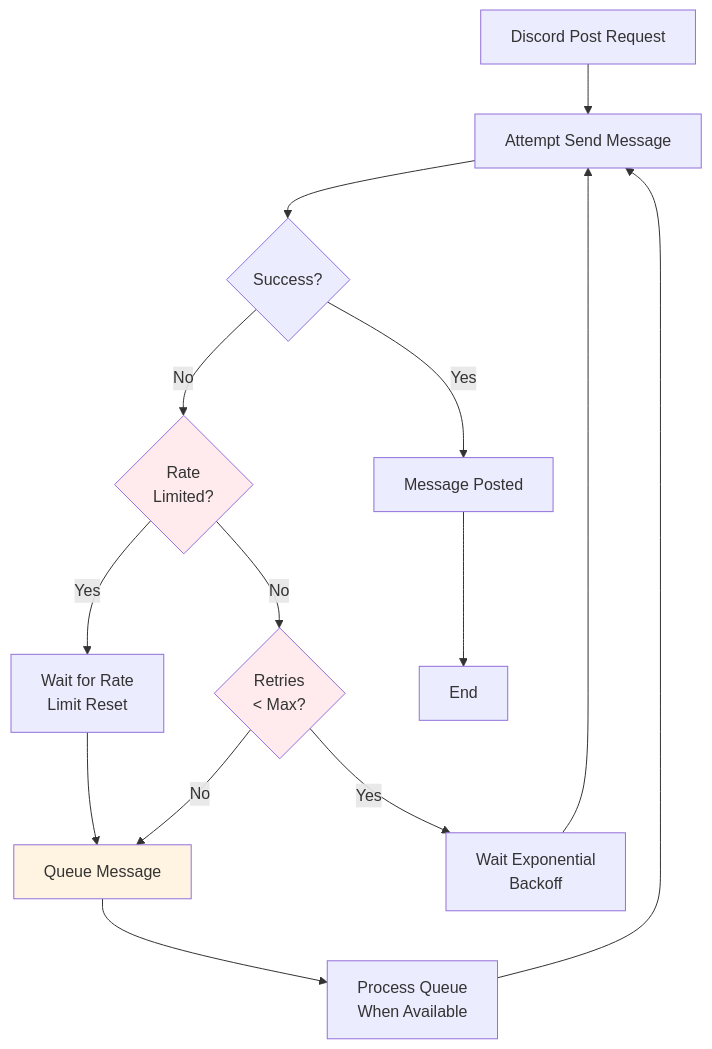
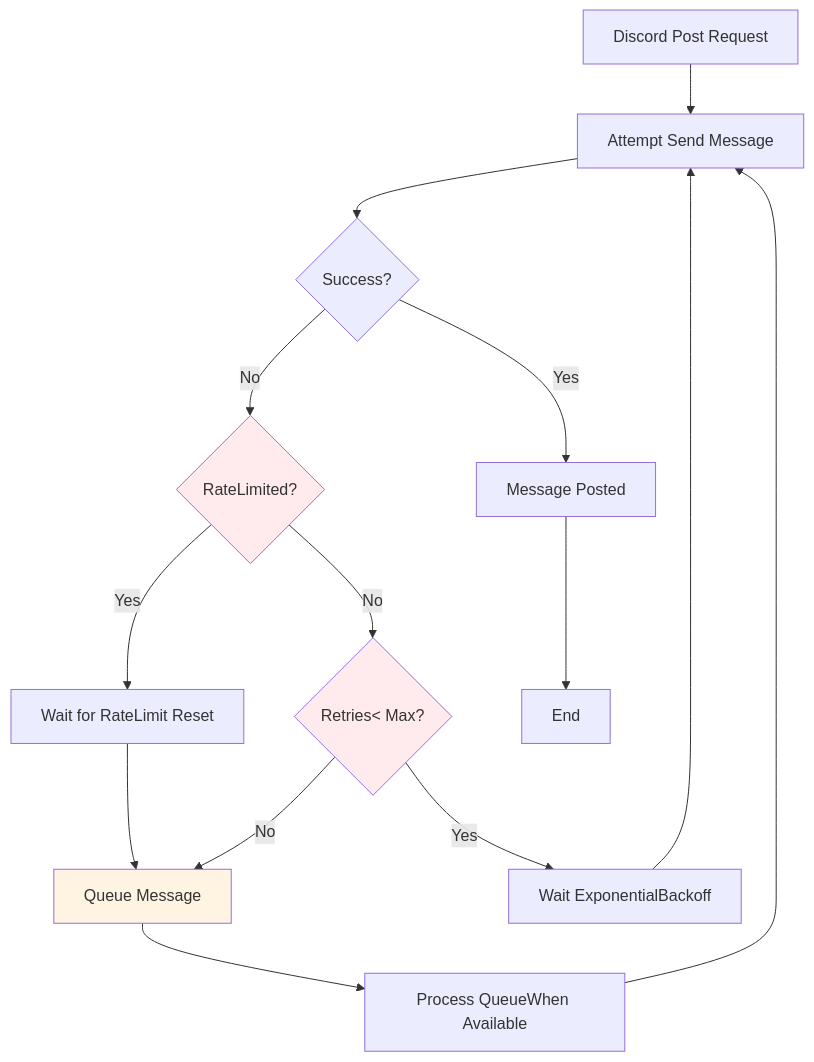
Diagram 14 of 16 in ARCHITECTURE.md (jak-pan/super-brainstorm-bot), drawn with Mermaid before and after one commit. The commit also changed other lines of this file, not shown here.

Commit message:
Fix: Remove HTML br tags from Mermaid diagrams for GitHub compatibility

````diff
--- a/ARCHITECTURE.md
+++ b/ARCHITECTURE.md
@@ -1116,26 +1116,26 @@
 ```mermaid
 flowchart TD
     Start[Discord Post Request] --> Attempt[Attempt Send Message]
     Attempt --> Success{Success?}
     
     Success -->|Yes| Complete[Message Posted]
     
-    Success -->|No| CheckRateLimit{Rate<br/>Limited?}
-    CheckRateLimit -->|Yes| WaitRateLimit[Wait for Rate<br/>Limit Reset]
+    Success -->|No| CheckRateLimit{RateLimited?}
+    CheckRateLimit -->|Yes| WaitRateLimit[Wait for RateLimit Reset]
     WaitRateLimit --> QueueMessage[Queue Message]
     
-    CheckRateLimit -->|No| CheckRetries{Retries<br/>< Max?}
-    CheckRetries -->|Yes| WaitBackoff[Wait Exponential<br/>Backoff]
+    CheckRateLimit -->|No| CheckRetries{Retries< Max?}
+    CheckRetries -->|Yes| WaitBackoff[Wait ExponentialBackoff]
     WaitBackoff --> Attempt
     
     CheckRetries -->|No| QueueMessage
     
-    QueueMessage --> ProcessQueue[Process Queue<br/>When Available]
+    QueueMessage --> ProcessQueue[Process QueueWhen Available]
     ProcessQueue --> Attempt
     
     Complete --> End[End]
     
     style CheckRateLimit fill:#ffebee
     style CheckRetries fill:#ffebee
     style QueueMessage fill:#fff4e1
 ```
````
